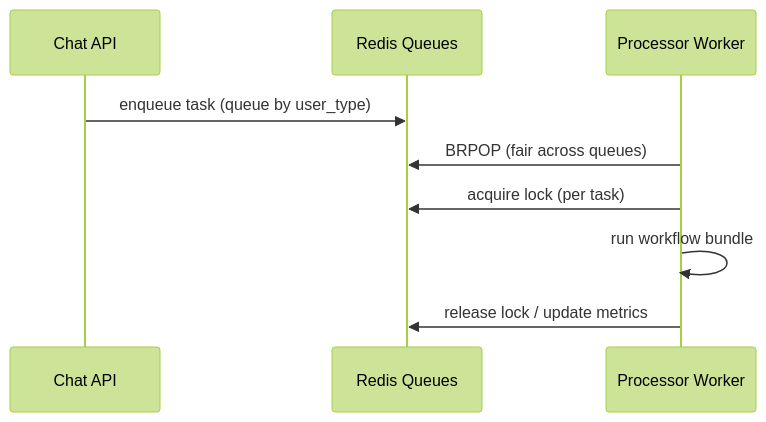
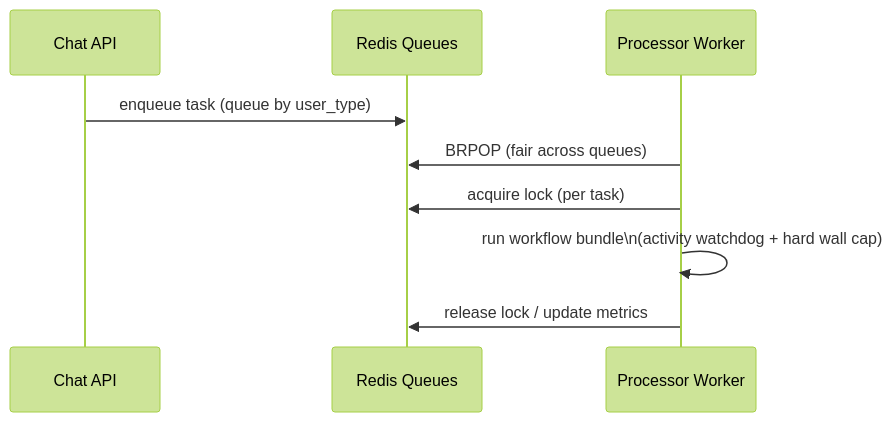
One commit to kdcube/kdcube-ai-app changed the seventh of 8 diagrams in app/ai-app/docs/arch/architecture-long.md. Above: the diagram before and after it, drawn with Mermaid (forest theme). The commit also changed other lines of this file and 13 other files, not shown here.

````diff
--- a/app/ai-app/docs/arch/architecture-long.md
+++ b/app/ai-app/docs/arch/architecture-long.md
@@ -358,12 +358,12 @@
 ```mermaid
 sequenceDiagram
   participant API as Chat API
   participant RQ as Redis Queues
   participant W as Processor Worker
 
   API->>RQ: enqueue task (queue by user_type)
   W->>RQ: BRPOP (fair across queues)
   W->>RQ: acquire lock (per task)
-  W->>W: run workflow bundle
+  W->>W: run workflow bundle\n(activity watchdog + hard wall cap)
   W->>RQ: release lock / update metrics
 ```
````
